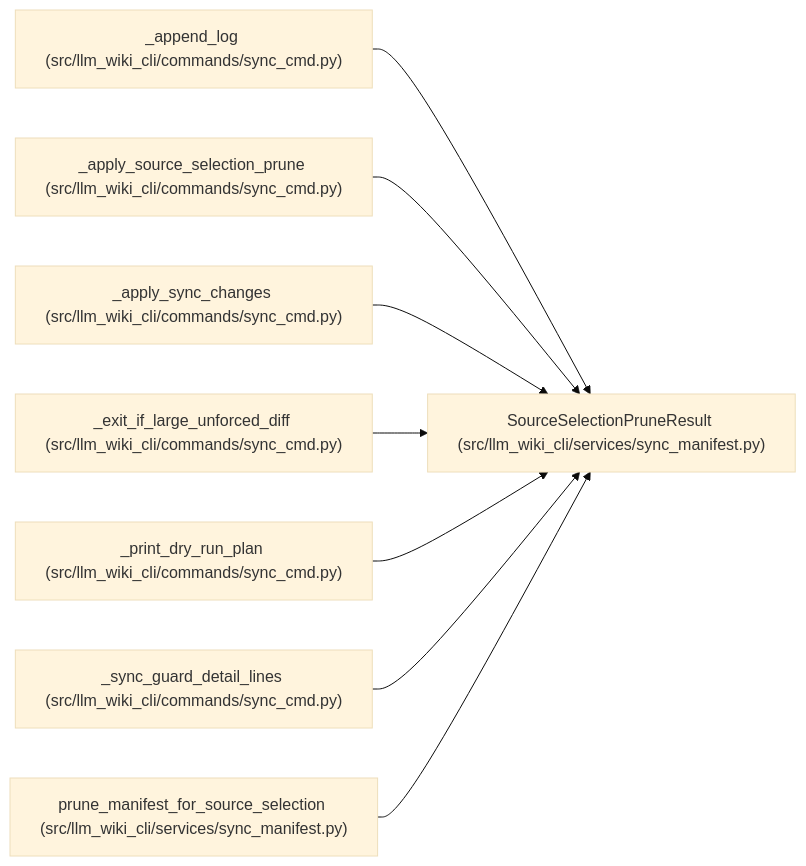
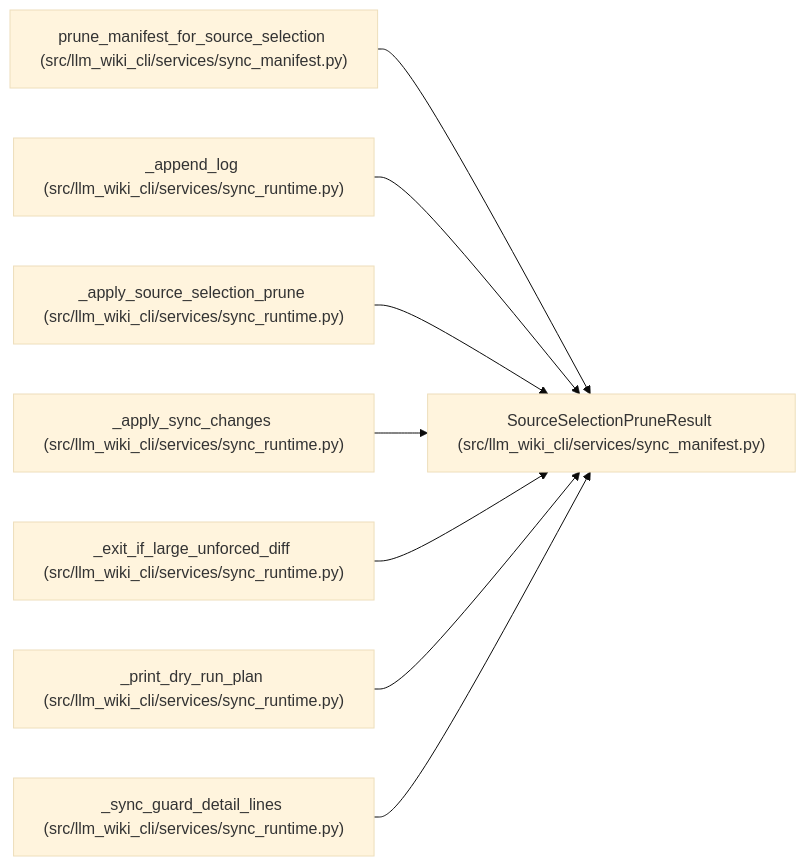
One commit to Denissvgn/python-wiki-llm changed the diagram in docs/llm_wiki/entities/SourceSelectionPruneResult.md. Above: the diagram before and after it, drawn with Mermaid (base theme). The commit also changed other lines of this file and 1555 other files, not shown here.

````diff
--- a/docs/llm_wiki/entities/SourceSelectionPruneResult.md
+++ b/docs/llm_wiki/entities/SourceSelectionPruneResult.md
@@ -30,26 +30,26 @@
 ```mermaid
 flowchart LR
     n0["SourceSelectionPruneResult (src/llm_wiki_cli/services/sync_manifest.py)"]
-    n1["_append_log (src/llm_wiki_cli/commands/sync_cmd.py)"]
-    n2["_apply_source_selection_prune (src/llm_wiki_cli/commands/sync_cmd.py)"]
-    n3["_apply_sync_changes (src/llm_wiki_cli/commands/sync_cmd.py)"]
-    n4["_exit_if_large_unforced_diff (src/llm_wiki_cli/commands/sync_cmd.py)"]
-    n5["_print_dry_run_plan (src/llm_wiki_cli/commands/sync_cmd.py)"]
-    n6["_sync_guard_detail_lines (src/llm_wiki_cli/commands/sync_cmd.py)"]
-    n7["prune_manifest_for_source_selection (src/llm_wiki_cli/services/sync_manifest.py)"]
+    n1["prune_manifest_for_source_selection (src/llm_wiki_cli/services/sync_manifest.py)"]
+    n2["_append_log (src/llm_wiki_cli/services/sync_runtime.py)"]
+    n3["_apply_source_selection_prune (src/llm_wiki_cli/services/sync_runtime.py)"]
+    n4["_apply_sync_changes (src/llm_wiki_cli/services/sync_runtime.py)"]
+    n5["_exit_if_large_unforced_diff (src/llm_wiki_cli/services/sync_runtime.py)"]
+    n6["_print_dry_run_plan (src/llm_wiki_cli/services/sync_runtime.py)"]
+    n7["_sync_guard_detail_lines (src/llm_wiki_cli/services/sync_runtime.py)"]
     n1 --> n0
     n2 --> n0
     n3 --> n0
     n4 --> n0
     n5 --> n0
     n6 --> n0
     n7 --> n0
     click n0 "../modules/sync_manifest.md"
-    click n1 "../modules/sync_cmd.md"
-    click n2 "../modules/sync_cmd.md"
-    click n3 "../modules/sync_cmd.md"
-    click n4 "../modules/sync_cmd.md"
-    click n5 "../modules/sync_cmd.md"
-    click n6 "../modules/sync_cmd.md"
-    click n7 "../modules/sync_manifest.md"
+    click n1 "../modules/sync_manifest.md"
+    click n2 "../modules/sync_runtime.md"
+    click n3 "../modules/sync_runtime.md"
+    click n4 "../modules/sync_runtime.md"
+    click n5 "../modules/sync_runtime.md"
+    click n6 "../modules/sync_runtime.md"
+    click n7 "../modules/sync_runtime.md"
 ```
````
